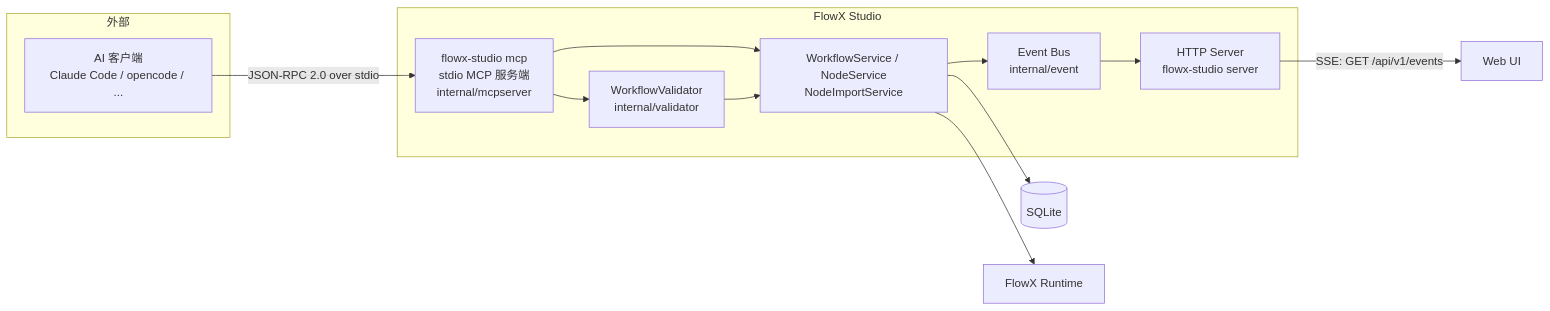
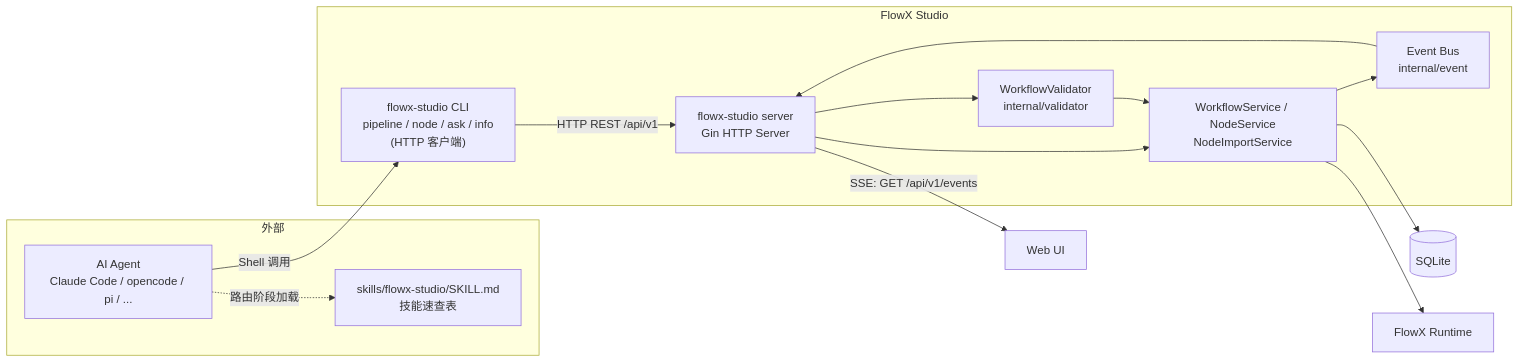
Before and after one commit to LerkoX/flowx-studio: the first of 3 diagrams in docs/06-ai-service.md, drawn with Mermaid. The commit also changed other lines of this file and 20 other files, not shown here.

First line of the commit message:
docs: replace MCP integration with SKILL + CLI progressive disclosure

````diff
--- a/docs/06-ai-service.md
+++ b/docs/06-ai-service.md
@@ -30,28 +46,31 @@
 ```mermaid
 flowchart LR
     subgraph 外部
-        AI[AI 客户端<br/>Claude Code / opencode / ...]
+        AI[AI Agent<br/>Claude Code / opencode / pi / ...]
+        SKILL[skills/flowx-studio/SKILL.md<br/>技能速查表]
     end
 
     subgraph FlowX Studio
-        MCP[flowx-studio mcp<br/>stdio MCP 服务端<br/>internal/mcpserver]
+        CLI["flowx-studio CLI<br/>pipeline / node / ask / info<br/>(HTTP 客户端)"]
+        HTTP["flowx-studio server<br/>Gin HTTP Server"]
         VAL[WorkflowValidator<br/>internal/validator]
         SVC[WorkflowService / NodeService<br/>NodeImportService]
         BUS[Event Bus<br/>internal/event]
-        HTTP[HTTP Server<br/>flowx-studio server]
     end
 
     DB[(SQLite)]
     RT[FlowX Runtime]
     UI[Web UI]
 
-    AI -- "JSON-RPC 2.0 over stdio" --> MCP
-    MCP --> VAL
-    MCP --> SVC
+    AI -. "路由阶段加载" .-> SKILL
+    AI -- "Shell 调用" --> CLI
+    CLI -- "HTTP REST /api/v1" --> HTTP
+    HTTP --> VAL
+    HTTP --> SVC
     VAL --> SVC
     SVC --> DB
     SVC --> RT
     SVC --> BUS
     BUS --> HTTP
     HTTP -- "SSE: GET /api/v1/events" --> UI
 ```
````
